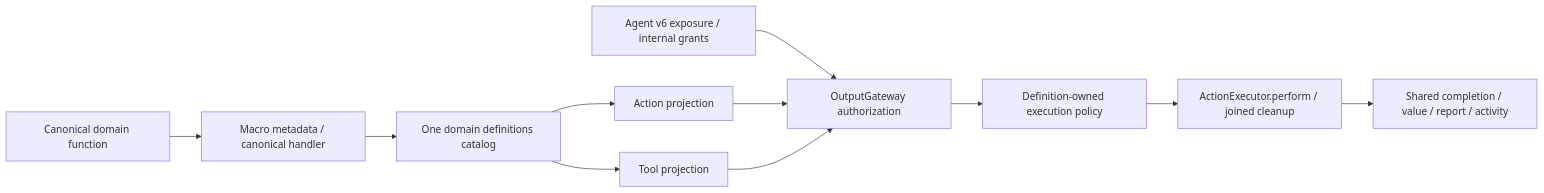
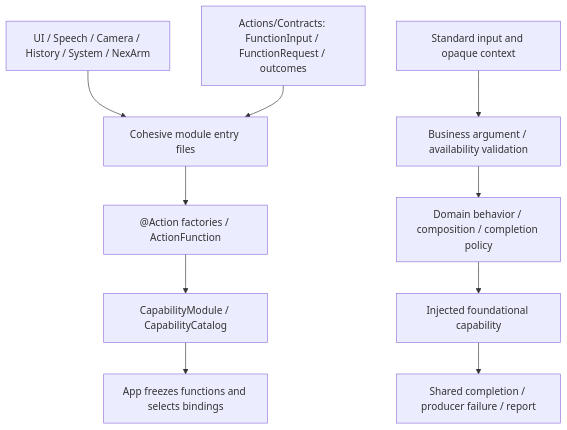
The second of 2 diagrams in MobileHarness/Actions/README.md (devilyouwei/MobileHarness), drawn with Mermaid before and after one commit. The commit also changed other lines of this file and 238 other files, not shown here.

First line of the commit message:
Separate callable Actions from Gateway execution and call protocols

````diff
--- a/MobileHarness/Actions/README.md
+++ b/MobileHarness/Actions/README.md
@@ -17,13 +34,12 @@
 ```mermaid
-flowchart LR
-    Entry[Canonical domain function] --> Factory[Macro metadata / canonical handler]
-    Factory --> Catalog[One domain definitions catalog]
-    Catalog --> Scheduled[Action projection]
-    Catalog --> Native[Tool projection]
-    Config[Agent v6 exposure / internal grants] --> Gateway[OutputGateway authorization]
-    Scheduled --> Gateway
-    Native --> Gateway
-    Gateway --> Policy[Definition-owned execution policy]
-    Policy --> Shared[ActionExecutor.perform / joined cleanup]
-    Shared --> Outcome[Shared completion / value / report / activity]
+flowchart TB
+    Domains[UI / Speech / Camera / History / System / NexArm] --> Modules[Cohesive module entry files]
+    Modules --> Factories["@Action factories / ActionFunction"]
+    Factories --> Catalog[CapabilityModule / CapabilityCatalog]
+    Catalog --> Host[App freezes functions and selects bindings]
+    Contracts[Actions/Contracts: FunctionInput / FunctionRequest / outcomes] --> Modules
+    Request[Standard input and opaque context] --> Validate[Business argument / availability validation]
+    Validate --> Behavior[Domain behavior / composition / completion policy]
+    Behavior --> Capability[Injected foundational capability]
+    Capability --> Outcome[Shared completion / producer failure / report]
 ```
````
